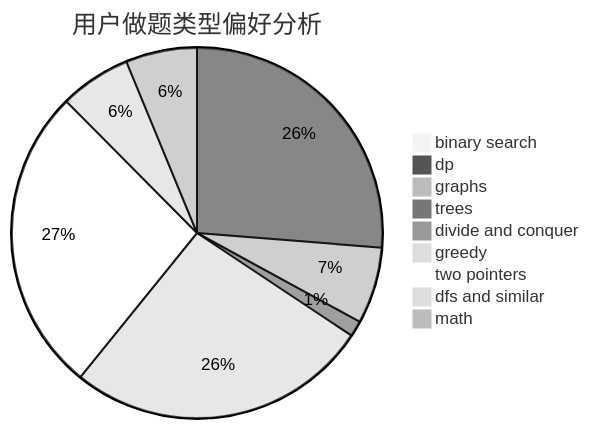
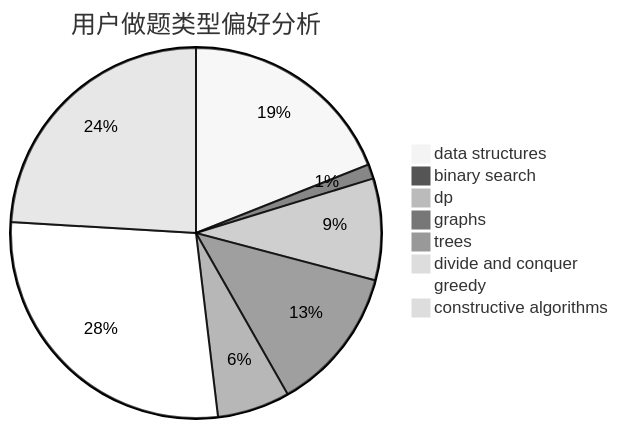
One commit to sherpahu/cfrs.github.io changed the second of 3 diagrams in docs/user/u2698.md. Above: the diagram before and after it, drawn with Mermaid (neutral theme). The commit also changed other lines of this file and 2775 other files, not shown here.

````diff
--- a/docs/user/u2698.md
+++ b/docs/user/u2698.md
@@ -23,12 +23,11 @@
 ```mermaid
 pie title 用户做题类型偏好分析
+    "data structures" :  15
     "binary search" :  1
-    "dp" :  114
-    "graphs" :  29
-    "trees" :  6
+    "dp" :  7
+    "graphs" :  10
+    "trees" :  5
     "divide and conquer" :  0
-    "greedy" :  115
-    "two pointers" :  116
-    "dfs and similar" :  27
-    "math" :  27
+    "greedy" :  22
+    "constructive algorithms" :  19
 ```
````
